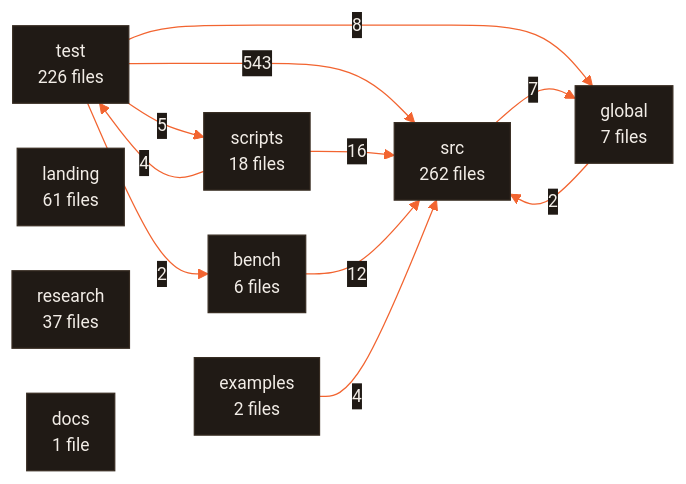
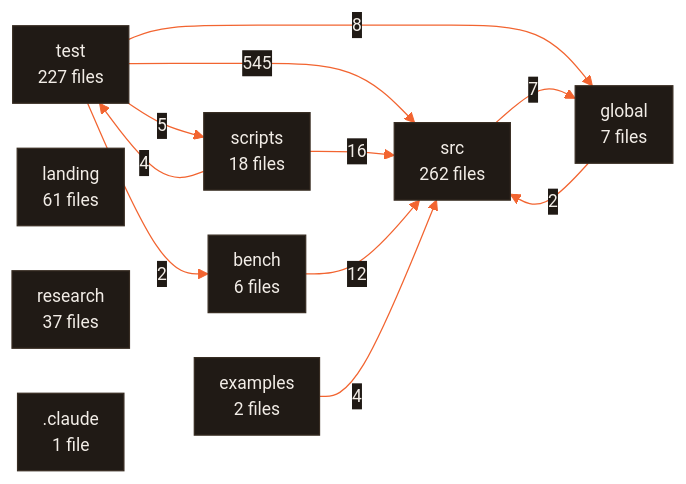
One commit to CodeWithJuber/forgekit changed the diagram in ARCHITECTURE.md. Above: the diagram before and after it, drawn with Mermaid. The commit also changed 6 other files, not shown here.

````diff
--- a/ARCHITECTURE.md
+++ b/ARCHITECTURE.md
@@ -630,23 +630,23 @@
 ```mermaid
 %%{init: {'theme':'base','themeVariables':{'primaryColor':'#201a15','primaryTextColor':'#f2ede7','primaryBorderColor':'#372c22','lineColor':'#f26430','secondaryColor':'#272019','tertiaryColor':'#171310','edgeLabelBackground':'#201a15','clusterBkg':'#171310','clusterBorder':'#4a3b2e','fontFamily':'ui-sans-serif, system-ui, sans-serif','fontSize':'14px'},'flowchart':{'curve':'basis','padding':10,'nodeSpacing':36,'rankSpacing':44}}}%%
 flowchart LR
   src["src<br/>262 files"]
-  test["test<br/>226 files"]
+  test["test<br/>227 files"]
   landing["landing<br/>61 files"]
   research["research<br/>37 files"]
   scripts["scripts<br/>18 files"]
   global["global<br/>7 files"]
   bench["bench<br/>6 files"]
   examples["examples<br/>2 files"]
-  docs["docs<br/>1 file"]
-  test -- 543 --> src
+  _claude[".claude<br/>1 file"]
+  test -- 545 --> src
   scripts -- 16 --> src
   bench -- 12 --> src
   test -- 8 --> global
   src -- 7 --> global
   test -- 5 --> scripts
   examples -- 4 --> src
   scripts -- 4 --> test
   global -- 2 --> src
   test -- 2 --> bench
 ```
````
